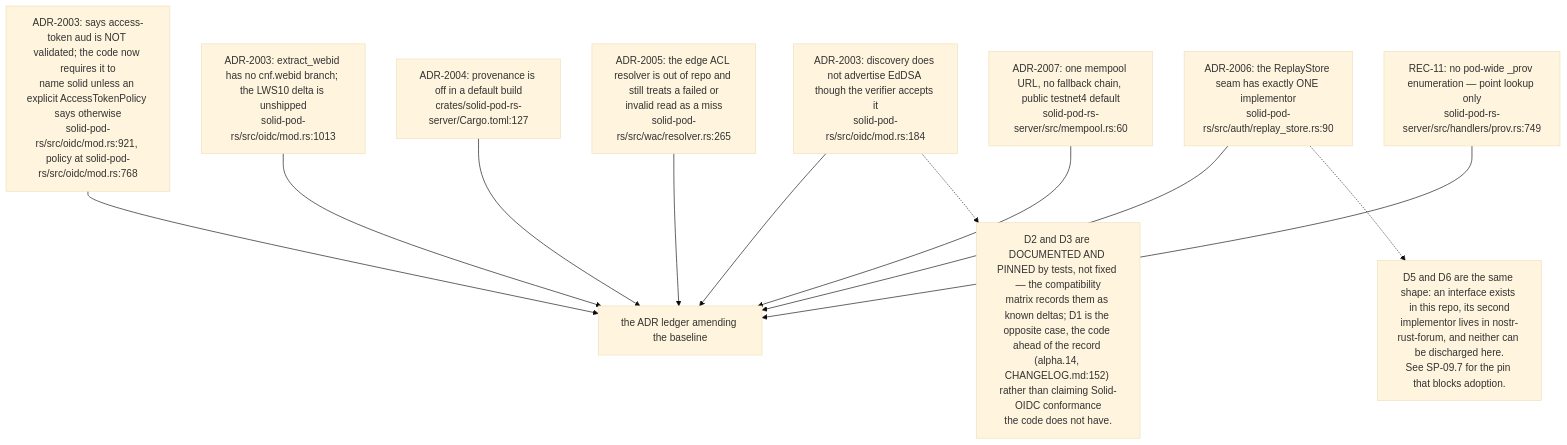
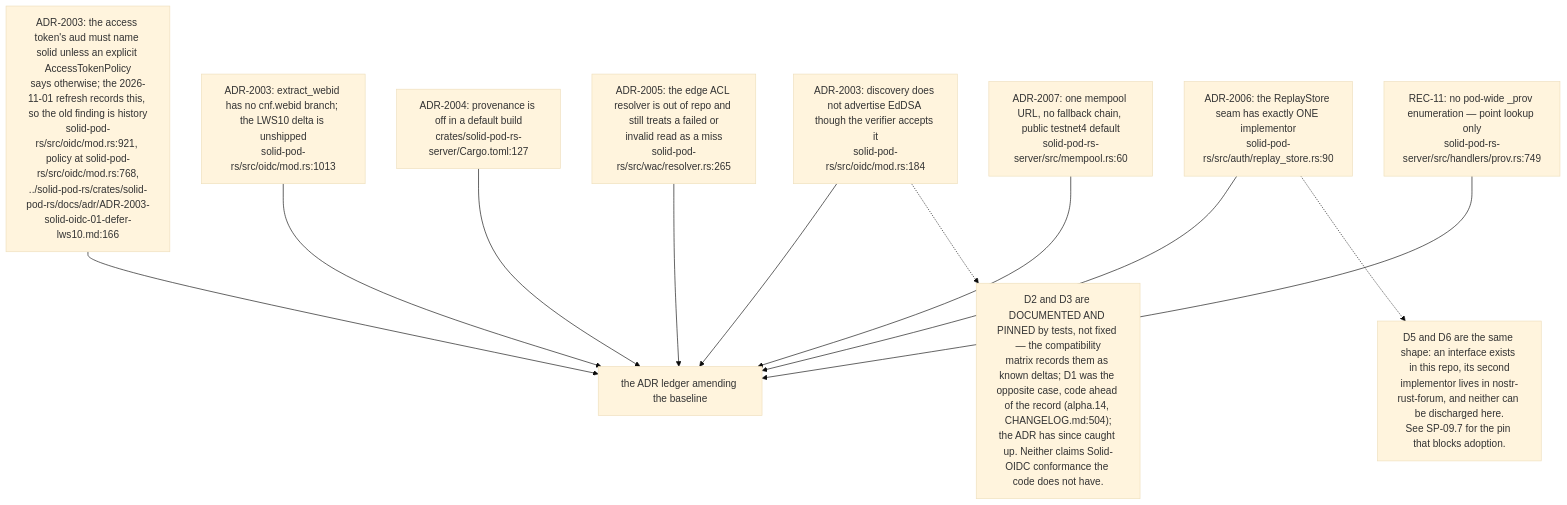
Before and after one commit to DreamLab-AI/VisionFlow: the sixth of 12 diagrams in docs/diagrams/solid-pod-rs/10-failure-modes-and-invariants.md, drawn with Mermaid (base theme). The commit also changed other lines of this file and 47 other files, not shown here.

First line of the commit message:
docs(audit): wave 1 completes Solid, loom and dream-machine; rebinds stale claims

````diff
--- a/docs/diagrams/solid-pod-rs/10-failure-modes-and-invariants.md
+++ b/docs/diagrams/solid-pod-rs/10-failure-modes-and-invariants.md
@@ -177,25 +195,25 @@
 ```mermaid
 flowchart TD
-    D1["ADR-2003: says access-token aud is NOT validated; the code now requires it to<br/>name solid unless an explicit AccessTokenPolicy says otherwise<br/>solid-pod-rs/src/oidc/mod.rs:921, policy at solid-pod-rs/src/oidc/mod.rs:768"]
+    D1["ADR-2003: the access token's aud must name solid unless an explicit AccessTokenPolicy<br/>says otherwise; the 2026-11-01 refresh records this, so the old finding is history<br/>solid-pod-rs/src/oidc/mod.rs:921, policy at solid-pod-rs/src/oidc/mod.rs:768,<br/>../solid-pod-rs/crates/solid-pod-rs/docs/adr/ADR-2003-solid-oidc-01-defer-lws10.md:166"]
     D2["ADR-2003: extract_webid has no cnf.webid branch; the LWS10 delta is unshipped<br/>solid-pod-rs/src/oidc/mod.rs:1013"]
     D3["ADR-2003: discovery does not advertise EdDSA though the verifier accepts it<br/>solid-pod-rs/src/oidc/mod.rs:184"]
     D4["ADR-2004: provenance is off in a default build<br/>crates/solid-pod-rs-server/Cargo.toml:127"]
     D5["ADR-2005: the edge ACL resolver is out of repo and still treats a failed or<br/>invalid read as a miss<br/>solid-pod-rs/src/wac/resolver.rs:265"]
     D6["ADR-2006: the ReplayStore seam has exactly ONE implementor<br/>solid-pod-rs/src/auth/replay_store.rs:90"]
     D7["ADR-2007: one mempool URL, no fallback chain, public testnet4 default<br/>solid-pod-rs-server/src/mempool.rs:60"]
     D8["REC-11: no pod-wide _prov enumeration — point lookup only<br/>solid-pod-rs-server/src/handlers/prov.rs:749"]
 
     D1 --> LEDGER["the ADR ledger amending the baseline"]
     D2 --> LEDGER
     D3 --> LEDGER
     D4 --> LEDGER
     D5 --> LEDGER
     D6 --> LEDGER
     D7 --> LEDGER
     D8 --> LEDGER
 
-    N["D2 and D3 are DOCUMENTED AND PINNED by tests, not fixed — the compatibility<br/>matrix records them as known deltas; D1 is the opposite case, the code ahead of the record (alpha.14, CHANGELOG.md:152) rather than claiming Solid-OIDC conformance<br/>the code does not have."]
+    N["D2 and D3 are DOCUMENTED AND PINNED by tests, not fixed — the compatibility<br/>matrix records them as known deltas; D1 was the opposite case, code ahead of the record (alpha.14, CHANGELOG.md:504);<br/>the ADR has since caught up. Neither claims Solid-OIDC conformance the code does not have."]
     D3 -.-> N
     N2["D5 and D6 are the same shape: an interface exists in this repo, its second<br/>implementor lives in nostr-rust-forum, and neither can be discharged here.<br/>See SP-09.7 for the pin that blocks adoption."]
     D6 -.-> N2
 ```
````
